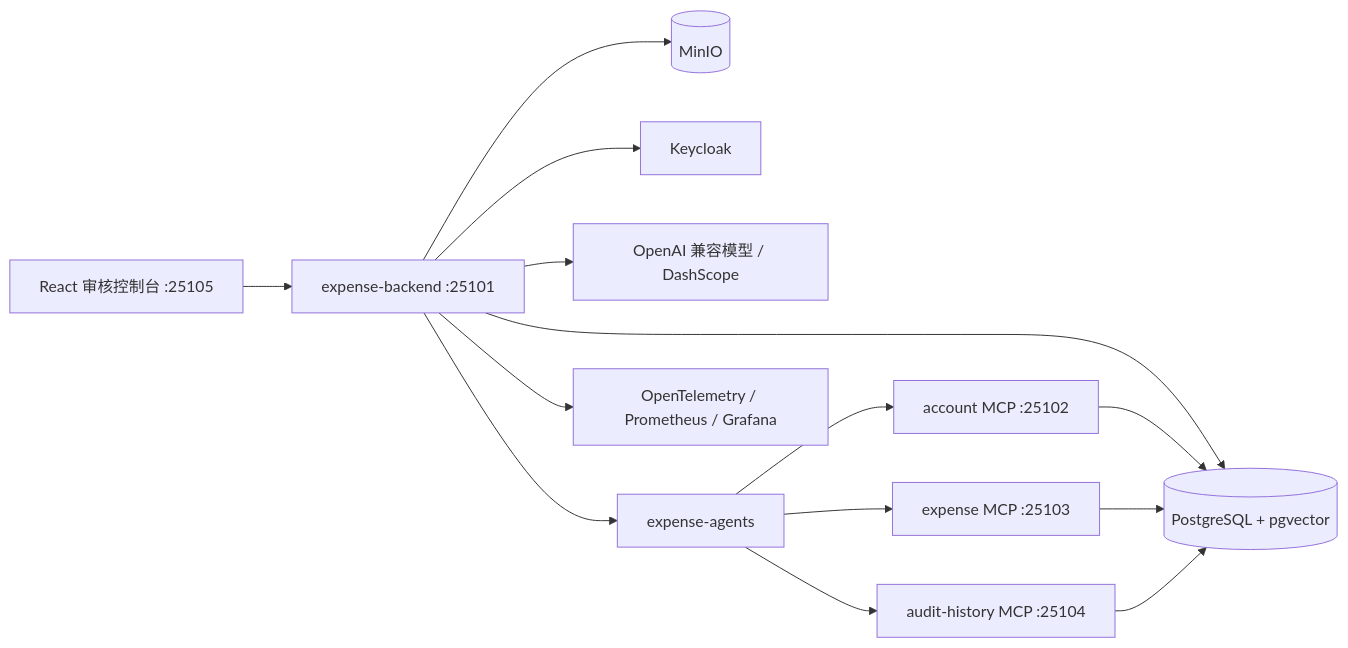
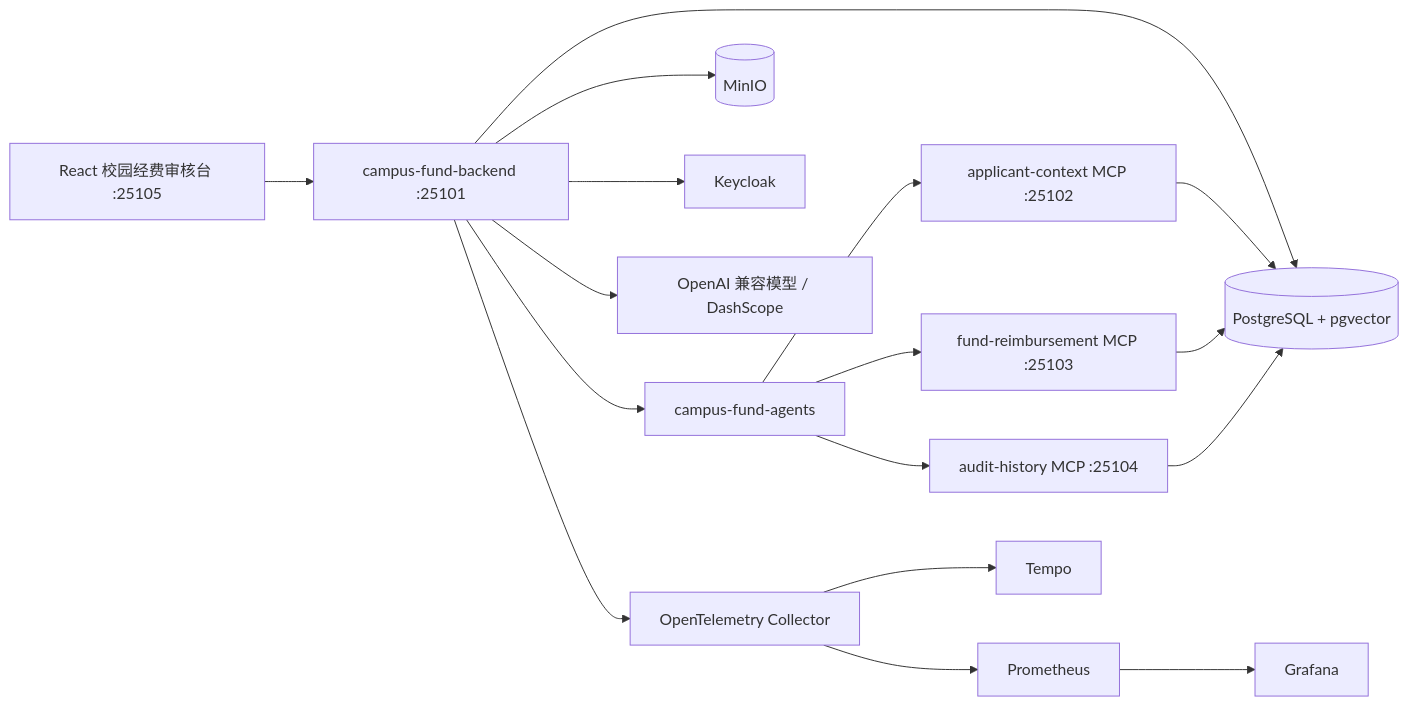
One commit to yangaobo0235/my-expense-agent changed the diagram in README.md. Above: the diagram before and after it, drawn with Mermaid. The commit also changed other lines of this file and 173 other files, not shown here.

Commit message:
feat: transform to campus fund flow platform

````diff
--- a/README.md
+++ b/README.md
@@ -49,20 +49,23 @@
 ```mermaid
 flowchart LR
-    Web["React 审核控制台 :25105"] --> Backend["expense-backend :25101"]
+    Web["React 校园经费审核台 :25105"] --> Backend["campus-fund-backend :25101"]
 
     Backend --> DB[("PostgreSQL + pgvector")]
     Backend --> MinIO[("MinIO")]
     Backend --> Keycloak["Keycloak"]
     Backend --> DashScope["OpenAI 兼容模型 / DashScope"]
 
-    Backend --> Agents["expense-agents"]
-    Agents --> Account["account MCP :25102"]
-    Agents --> Expense["expense MCP :25103"]
+    Backend --> Agents["campus-fund-agents"]
+    Agents --> Account["applicant-context MCP :25102"]
+    Agents --> Fund["fund-reimbursement MCP :25103"]
     Agents --> Audit["audit-history MCP :25104"]
 
     Account --> DB
-    Expense --> DB
+    Fund --> DB
     Audit --> DB
 
-    Backend --> OTEL["OpenTelemetry / Prometheus / Grafana"]
+    Backend --> OTEL["OpenTelemetry Collector"]
+    OTEL --> Tempo["Tempo"]
+    OTEL --> Prometheus["Prometheus"]
+    Prometheus --> Grafana["Grafana"]
 ```
````
